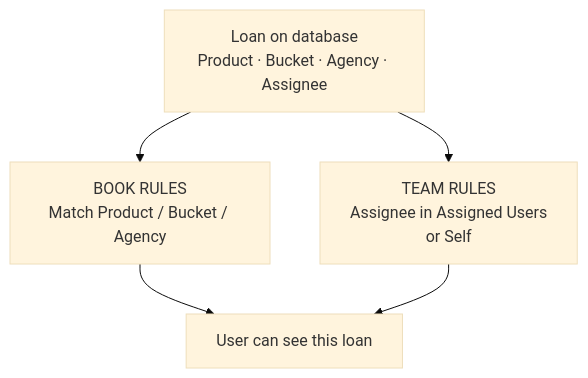
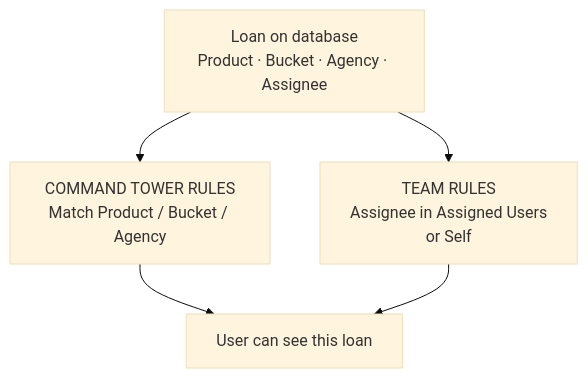
The third of 14 diagrams in Collekto-AuthZ-Visibility-Impact-Understanding.md (shubhamgrayopus/collekto-hierarchy-solution), drawn with Mermaid (base theme) before and after one commit. The commit also changed other lines of this file and 2 other files, not shown here.

Commit message:
Use Command Tower rules team terminology across the understanding docs.

````diff
--- a/Collekto-AuthZ-Visibility-Impact-Understanding.md
+++ b/Collekto-AuthZ-Visibility-Impact-Understanding.md
@@ -62,9 +62,9 @@
 ```mermaid
 flowchart TB
   Loan[Loan on database<br/>Product · Bucket · Agency · Assignee]
-  Book[BOOK RULES<br/>Match Product / Bucket / Agency]
+  CTRules[COMMAND TOWER RULES<br/>Match Product / Bucket / Agency]
   Team[TEAM RULES<br/>Assignee in Assigned Users<br/>or Self]
   See[User can see this loan]
-  Loan --> Book --> See
+  Loan --> CTRules --> See
   Loan --> Team --> See
 ```
````
